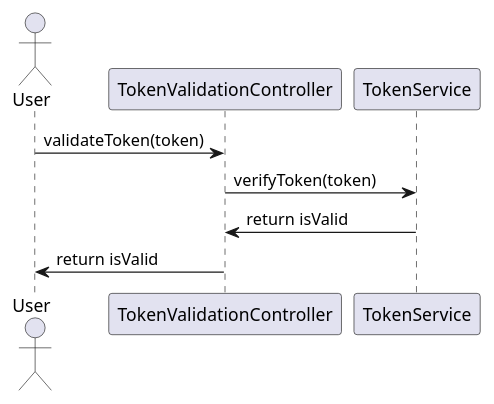
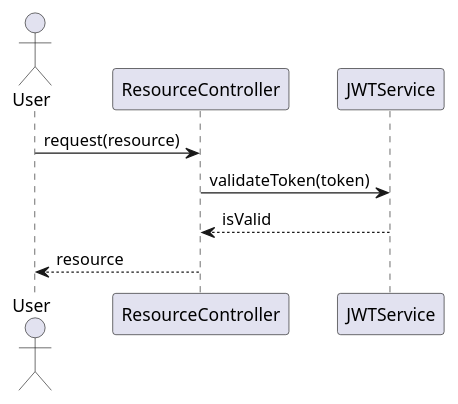
The third of 4 diagrams in enrollment/documentation/detaileddesign.adoc (Dinesh-s95/AutoDoc.ai), drawn with PlantUML before and after one commit. The commit also changed other lines of this file and 4 other files, not shown here.

```diff
--- a/enrollment/documentation/detaileddesign.adoc
+++ b/enrollment/documentation/detaileddesign.adoc
@@ -219,13 +220,13 @@
 [plantuml, jwt-validation-sequence, png]
 ----
 @startuml
 actor User
-participant "TokenValidationController" as TokenController
-participant "TokenService" as TokenService
+participant "ResourceController" as RC
+participant "JWTService" as JS
 
-User -> TokenController : validateToken(token)
-TokenController -> TokenService : verifyToken(token)
-TokenService -> TokenController : return isValid
-TokenController -> User : return isValid
+User -> RC : request(resource)
+RC -> JS : validateToken(token)
+JS --> RC : isValid
+RC --> User : resource
 @enduml
 ----
```
